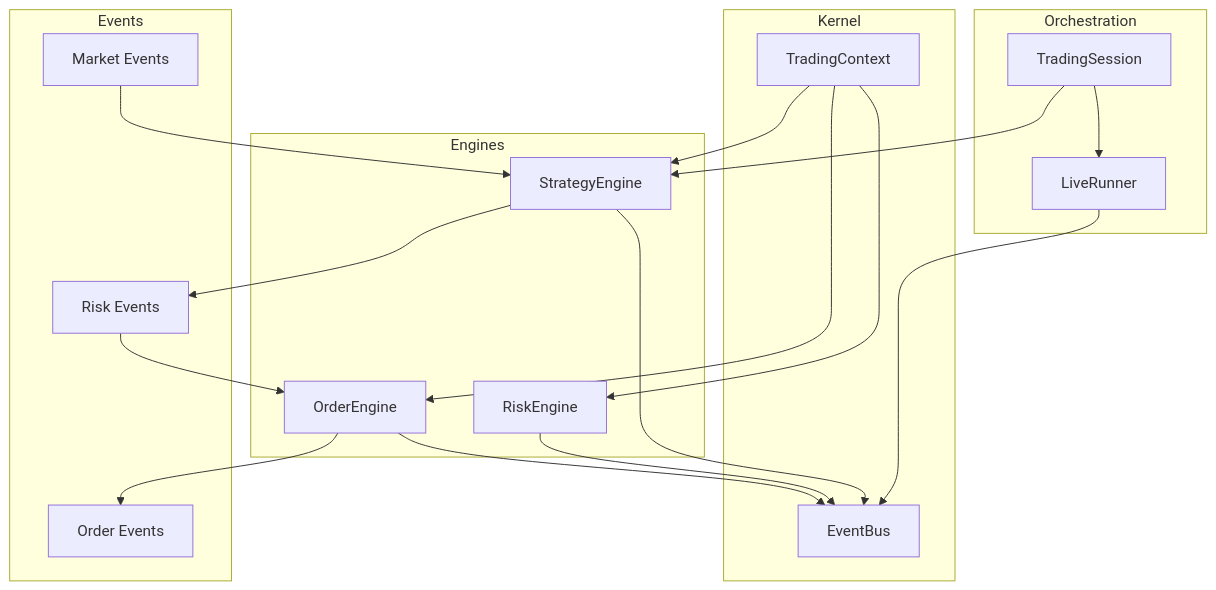
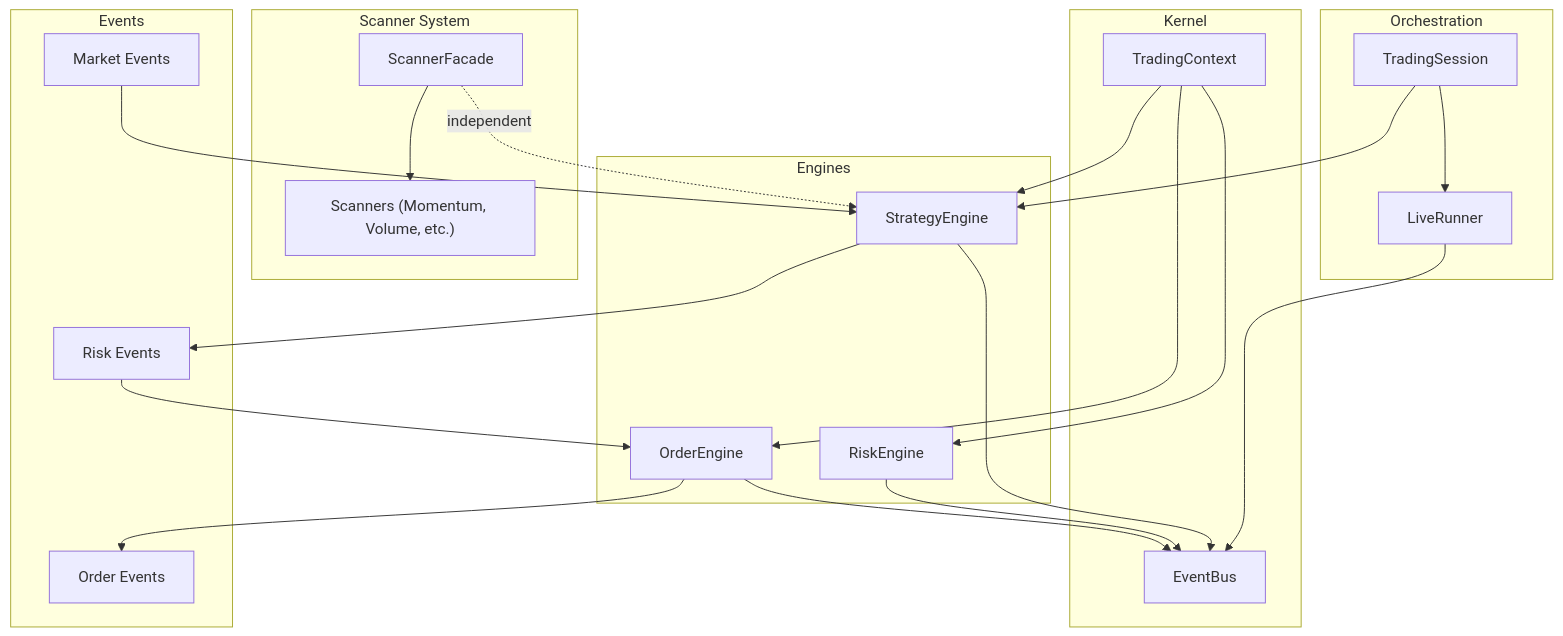
The first of 11 diagrams in .qoder/repowiki/en/content/Engine Stack/Strategy Engine.md (Ganesh-Kusundal/nTrade), drawn with Mermaid before and after one commit. The commit also changed other lines of this file and 331 other files, not shown here.

````diff
--- a/.qoder/repowiki/en/content/Engine Stack/Strategy Engine.md
+++ b/.qoder/repowiki/en/content/Engine Stack/Strategy Engine.md
@@ -51,34 +64,40 @@
 ```mermaid
 graph TB
 subgraph "Kernel"
 BUS["EventBus"]
 CTX["TradingContext"]
 end
 subgraph "Engines"
 SE["StrategyEngine"]
 RE["RiskEngine"]
 OE["OrderEngine"]
+end
+subgraph "Scanner System"
+SF["ScannerFacade"]
+SC["Scanners (Momentum, Volume, etc.)"]
 end
 subgraph "Events"
 M["Market Events"]
 O["Order Events"]
 R["Risk Events"]
 end
 subgraph "Orchestration"
 LR["LiveRunner"]
 TS["TradingSession"]
 end
 M --> SE
 SE --> R
 R --> OE
 OE --> O
 LR --> BUS
 TS --> LR
 TS --> SE
 SE --> BUS
 RE --> BUS
 OE --> BUS
 CTX --> SE
 CTX --> RE
 CTX --> OE
+SF --> SC
+SF -. independent .-> SE
 ```
````
